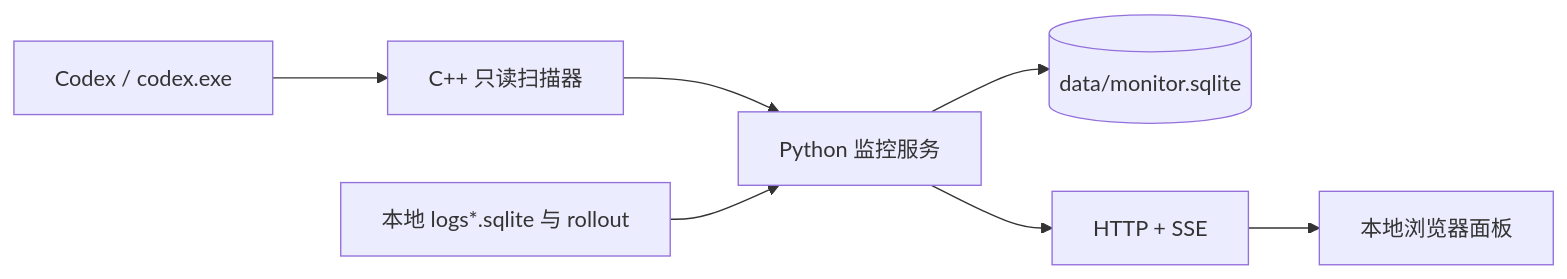
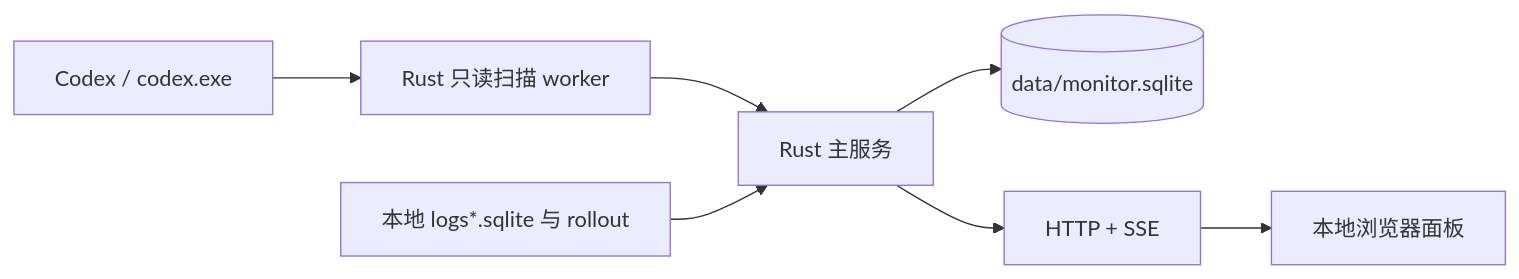
One commit to mmdnaihuangbao/CodexDowngradedMonitor changed the diagram in README.md. Above: the diagram before and after it, drawn with Mermaid. The commit also changed other lines of this file and 77 other files, not shown here.

````diff
--- a/README.md
+++ b/README.md
@@ -152,9 +98,9 @@
 ```mermaid
 flowchart LR
-    A[Codex / codex.exe] --> B[C++ 只读扫描器]
-    B --> C[Python 监控服务]
+    A[Codex / codex.exe] --> B[Rust 只读扫描 worker]
+    B --> C[Rust 主服务]
     D[本地 logs*.sqlite 与 rollout] --> C
     C --> E[(data/monitor.sqlite)]
     C --> F[HTTP + SSE]
     F --> G[本地浏览器面板]
 ```
````
